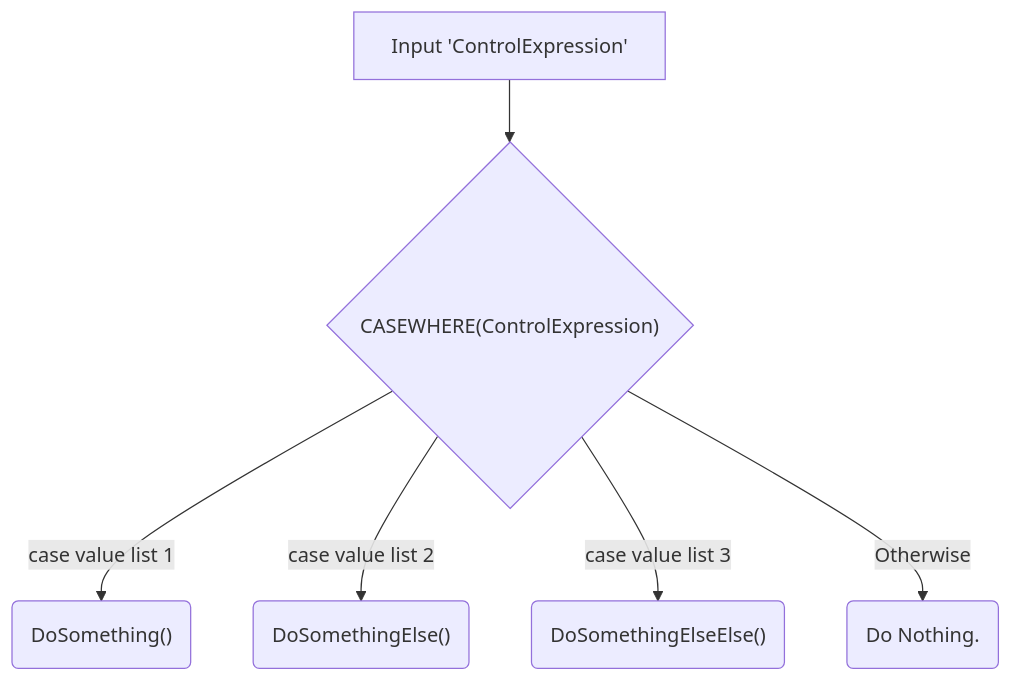
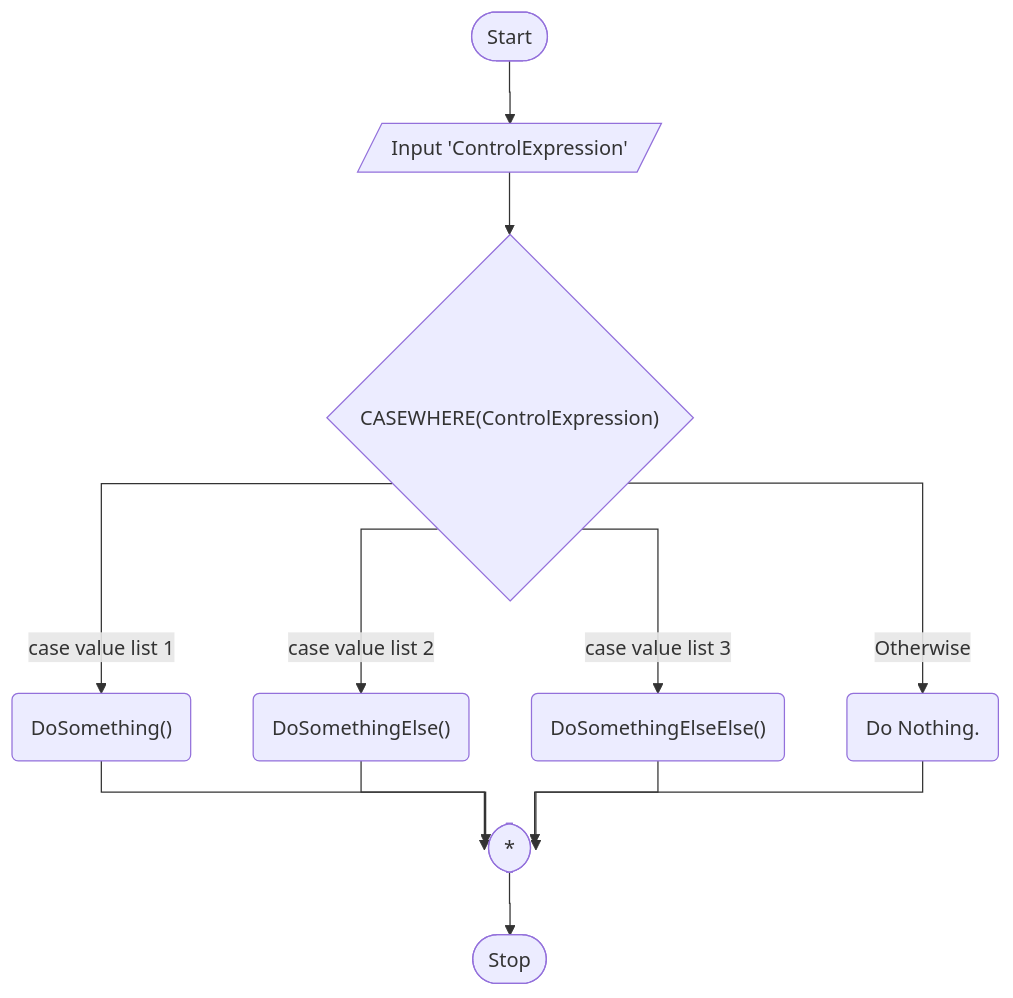
One commit to amydevs/php-assignments changed the diagram in 3multiway/README.md. Above: the diagram before and after it, drawn with Mermaid. The commit also changed 2 other files, not shown here.

Commit message:
updated all the new diagrams

````diff
--- a/3multiway/README.md
+++ b/3multiway/README.md
@@ -21,14 +21,21 @@
 ```mermaid
 graph TD
-	input["Input 'ControlExpression'"]
+	s([Start])
+	e([Stop])
+    T([*])
+    
+	input[/"Input 'ControlExpression'"/]
 	casewhere{"CASEWHERE(ControlExpression)"}
 	B("DoSomething()")
 	C("DoSomethingElse()")
 	D("DoSomethingElseElse()")
 	E("Do Nothing.")
-	input --> casewhere
+
+	s --> input --> casewhere
 	casewhere --> |case value list 1| B
 	casewhere --> |case value list 2| C
 	casewhere --> |case value list 3| D
 	casewhere --> |Otherwise| E
+	B & C & D & E --> T --> e
+	linkStyle default interpolate stepAfter;
 ```
````
